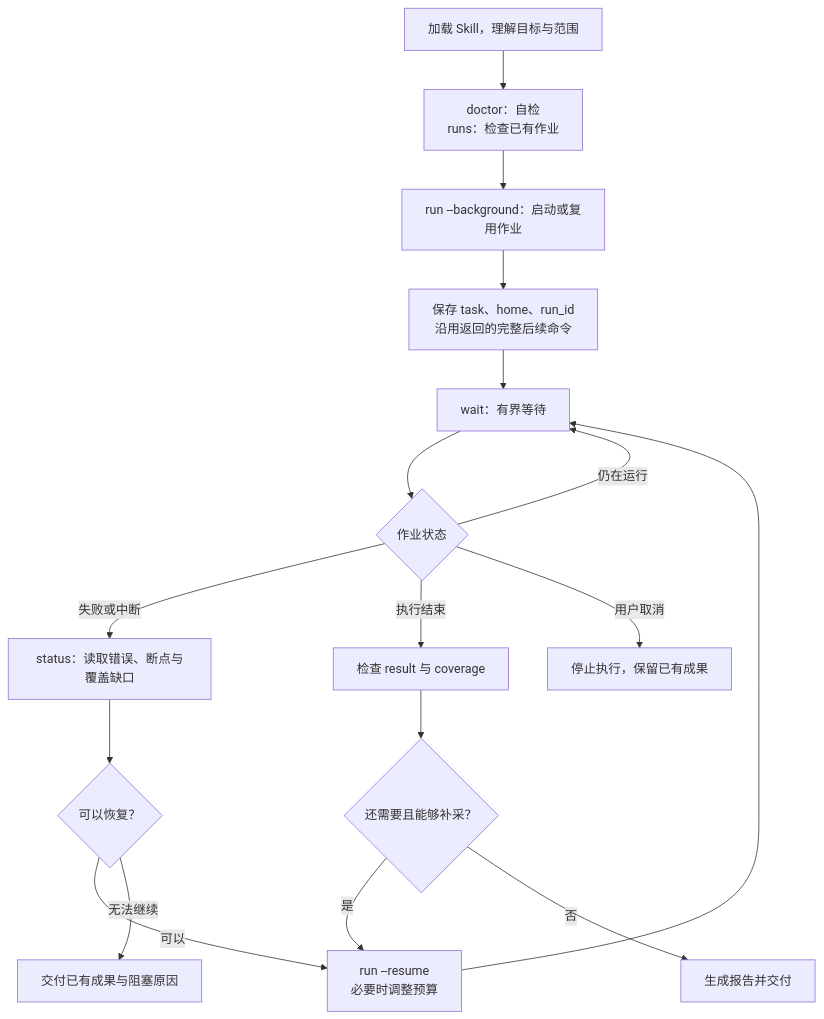
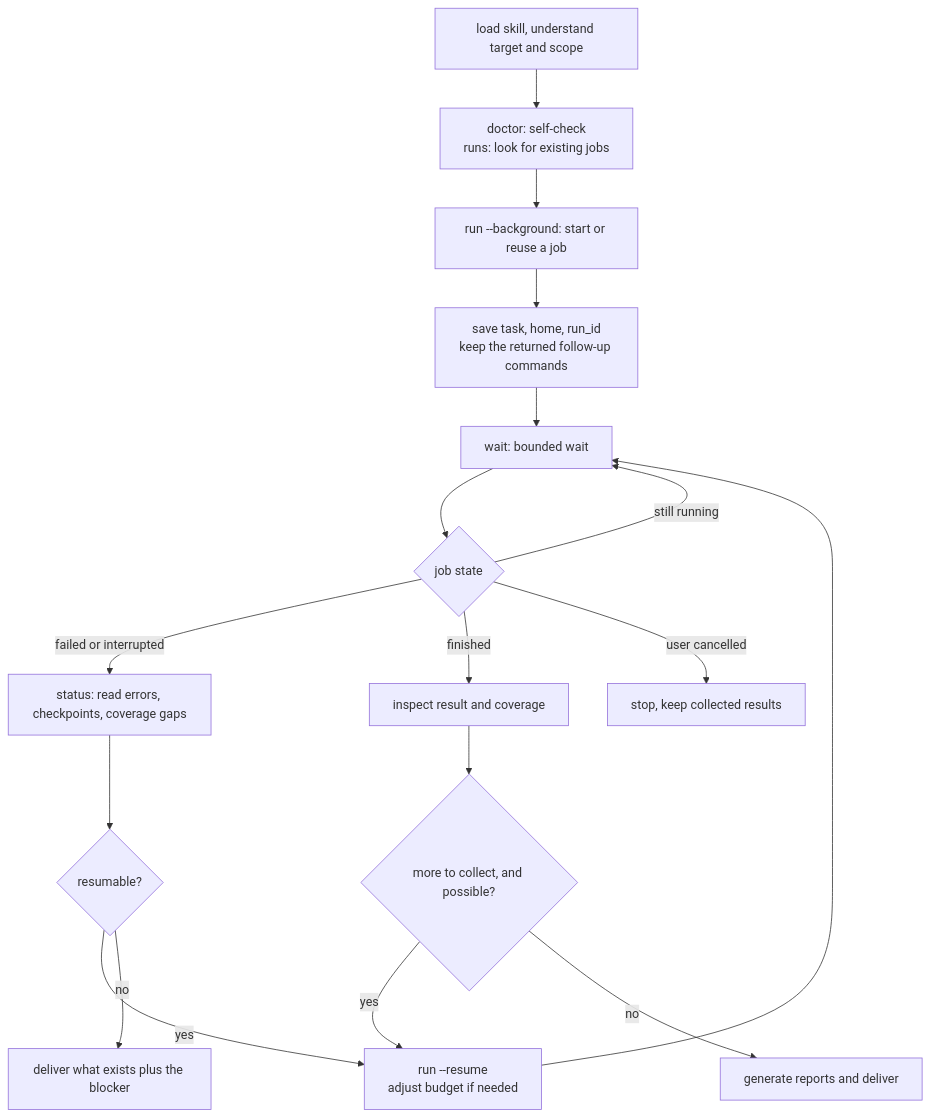
One commit to TulipFleur/findinfo changed the second of 2 diagrams in README.md. Above: the diagram before and after it, drawn with Mermaid. The commit also changed other lines of this file and 20 other files, not shown here.

````diff
--- a/README.md
+++ b/README.md
@@ -56,22 +56,22 @@
 ```mermaid
 flowchart TD
-    A["加载 Skill，理解目标与范围"] --> B["doctor：自检<br/>runs：检查已有作业"]
-    B --> C["run --background：启动或复用作业"]
-    C --> D["保存 task、home、run_id<br/>沿用返回的完整后续命令"]
-    D --> E["wait：有界等待"]
-    E --> F{"作业状态"}
+    A["load skill, understand target and scope"] --> B["doctor: self-check<br/>runs: look for existing jobs"]
+    B --> C["run --background: start or reuse a job"]
+    C --> D["save task, home, run_id<br/>keep the returned follow-up commands"]
+    D --> E["wait: bounded wait"]
+    E --> F{"job state"}
 
-    F -->|仍在运行| E
-    F -->|失败或中断| G["status：读取错误、断点与覆盖缺口"]
-    G --> H{"可以恢复？"}
-    H -->|可以| I["run --resume<br/>必要时调整预算"]
+    F -->|still running| E
+    F -->|failed or interrupted| G["status: read errors, checkpoints, coverage gaps"]
+    G --> H{"resumable?"}
+    H -->|yes| I["run --resume<br/>adjust budget if needed"]
     I --> E
-    H -->|无法继续| J["交付已有成果与阻塞原因"]
+    H -->|no| J["deliver what exists plus the blocker"]
 
-    F -->|执行结束| K["检查 result 与 coverage"]
-    K --> L{"还需要且能够补采？"}
-    L -->|是| I
-    L -->|否| M["生成报告并交付"]
+    F -->|finished| K["inspect result and coverage"]
+    K --> L{"more to collect, and possible?"}
+    L -->|yes| I
+    L -->|no| M["generate reports and deliver"]
 
-    F -->|用户取消| N["停止执行，保留已有成果"]
+    F -->|user cancelled| N["stop, keep collected results"]
 ```
````
